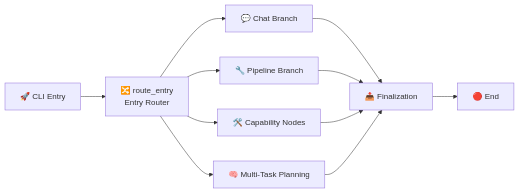
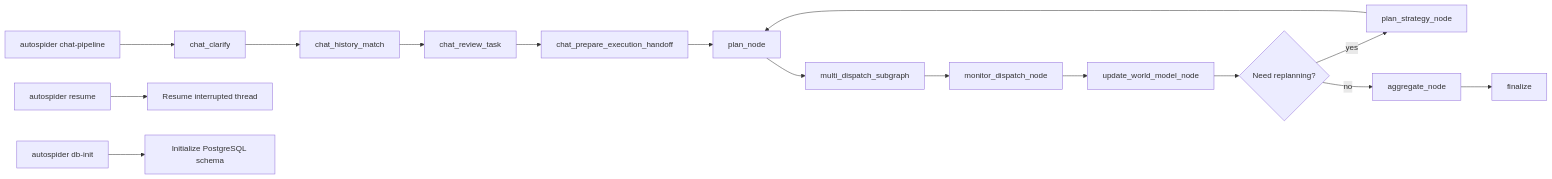
The diagram in README_en.md (pinkllo/autospider), drawn with Mermaid before and after one commit. The commit also changed other lines of this file and 35 other files, not shown here.

Commit message:
feat: align human-centered grouped planning flow

````diff
--- a/README_en.md
+++ b/README_en.md
@@ -22,14 +23,18 @@
 ```mermaid
 graph LR
-  A["🚀 CLI Entry"] --> B["🔀 route_entry<br/>Entry Router"]
-  B --> C["💬 Chat Branch"]
-  B --> D["🔧 Pipeline Branch"]
-  B --> E["🛠️ Capability Nodes"]
-  B --> F["🧠 Multi-Task Planning"]
-
-  C --> G["📤 Finalization"]
-  D --> G
-  E --> G
-  F --> G
-  G --> H["🔴 End"]
+  A["autospider chat-pipeline"] --> B["chat_clarify"]
+  B --> C["chat_history_match"]
+  C --> D["chat_review_task"]
+  D --> E["chat_prepare_execution_handoff"]
+  E --> F["plan_node"]
+  F --> G["multi_dispatch_subgraph"]
+  G --> H["monitor_dispatch_node"]
+  H --> I["update_world_model_node"]
+  I --> J{"Need replanning?"}
+  J -->|yes| K["plan_strategy_node"]
+  K --> F
+  J -->|no| L["aggregate_node"]
+  L --> M["finalize"]
+  N["autospider resume"] --> O["Resume interrupted thread"]
+  P["autospider db-init"] --> Q["Initialize PostgreSQL schema"]
 ```
````
